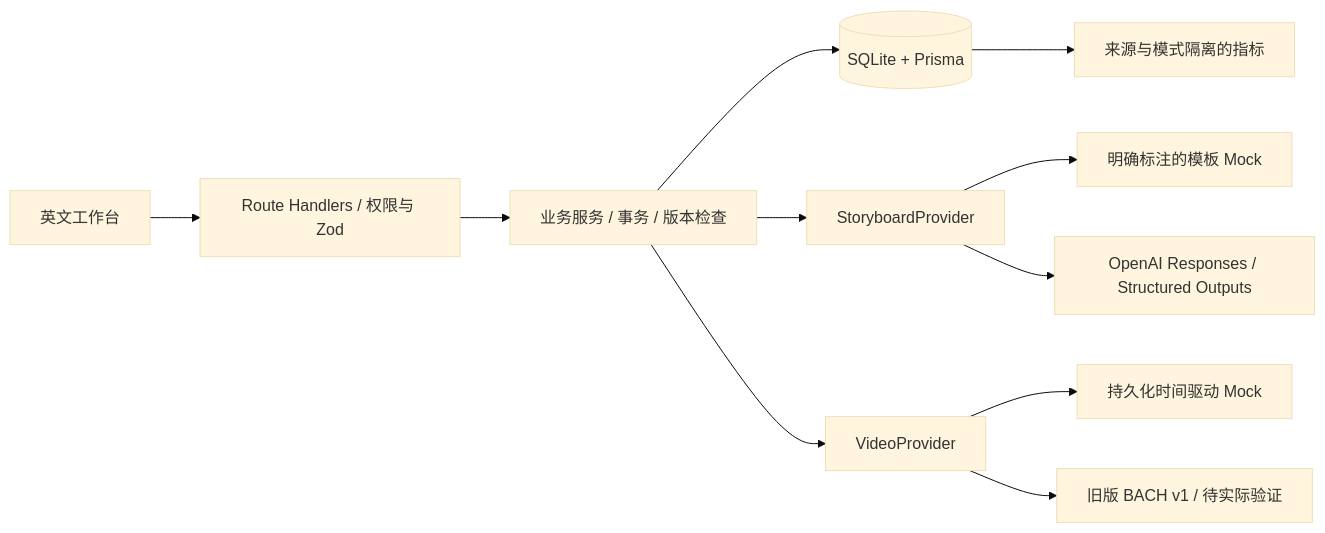
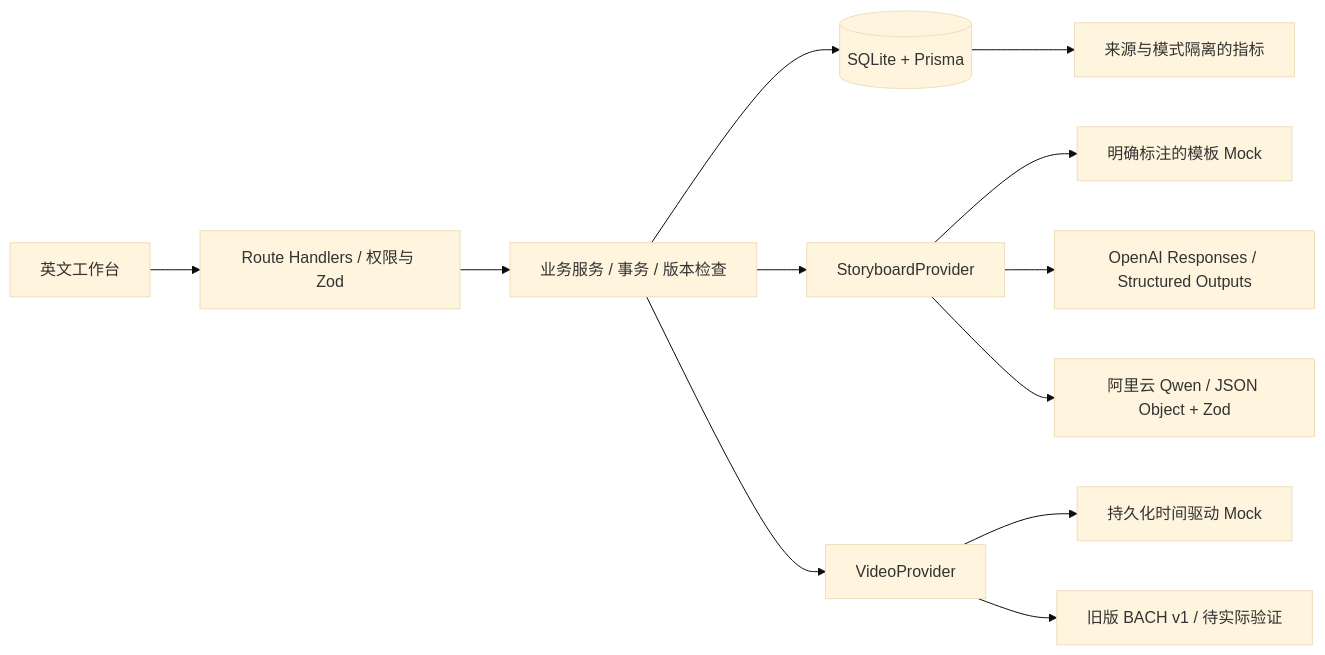
The diagram in ARCHITECTURE.md (TTTracieee/ai-video-creative-studio), drawn with Mermaid (base theme) before and after one commit. The commit also changed other lines of this file and 9 other files, not shown here.

Commit message:
Add low-cost Qwen storyboard provider

````diff
--- a/ARCHITECTURE.md
+++ b/ARCHITECTURE.md
@@ -7,13 +7,14 @@
 ```mermaid
 flowchart LR
   UI[英文工作台] --> API[Route Handlers / 权限与 Zod]
   API --> Service[业务服务 / 事务 / 版本检查]
   Service --> DB[(SQLite + Prisma)]
   Service --> Storyboard[StoryboardProvider]
   Storyboard --> Template[明确标注的模板 Mock]
   Storyboard --> OpenAI[OpenAI Responses / Structured Outputs]
+  Storyboard --> Qwen[阿里云 Qwen / JSON Object + Zod]
   Service --> Video[VideoProvider]
   Video --> Mock[持久化时间驱动 Mock]
   Video --> Bach[旧版 BACH v1 / 待实际验证]
   DB --> Analytics[来源与模式隔离的指标]
 ```
````
